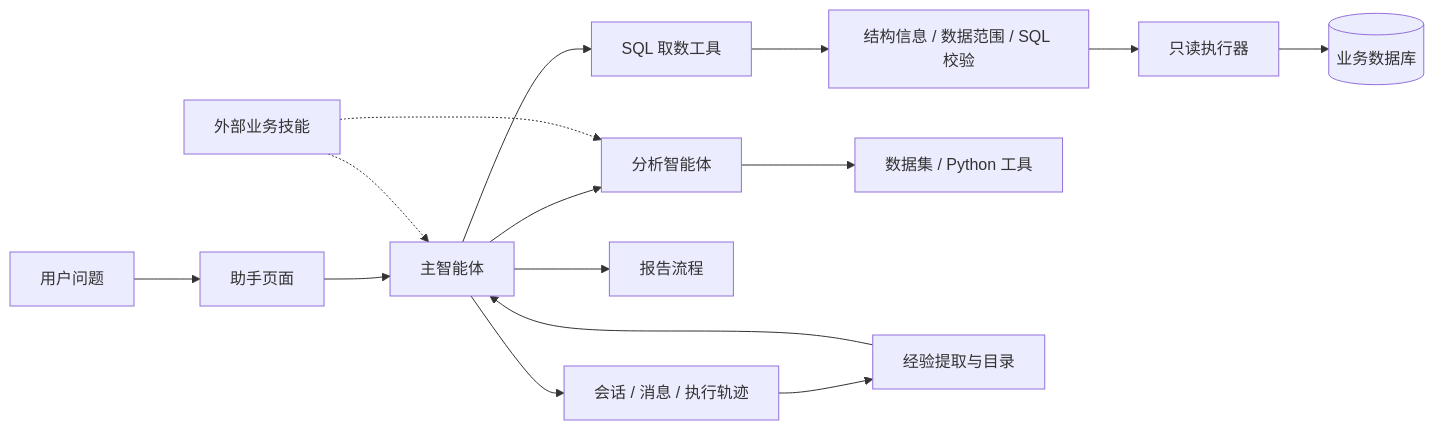
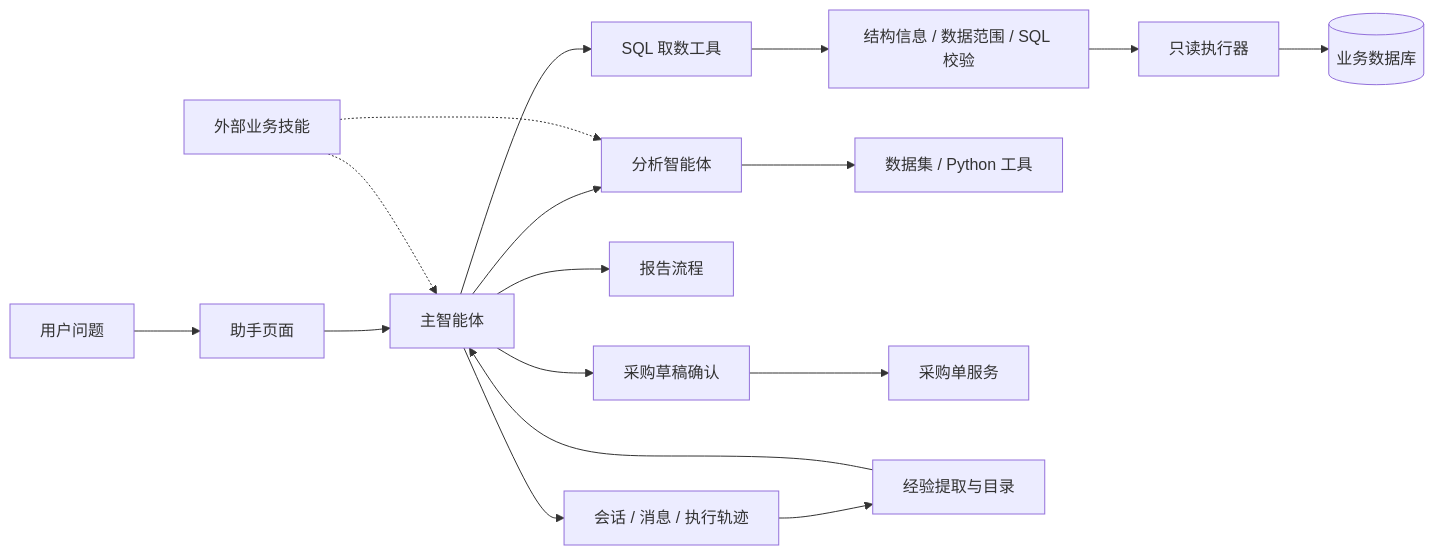
The first of 3 diagrams in README.md (LI-S-H/qiheng-erp), drawn with Mermaid before and after one commit. The commit also changed other lines of this file and 3 other files, not shown here.

````diff
--- a/README.md
+++ b/README.md
@@ -164,17 +164,19 @@
 ```mermaid
 flowchart LR
     User[用户问题] --> UI[助手页面]
     UI --> Main[主智能体]
     Main --> Query[SQL 取数工具]
     Query --> Guard[结构信息 / 数据范围 / SQL 校验]
     Guard --> Read[只读执行器]
     Read --> DB[(业务数据库)]
     Main --> Analysis[分析智能体]
     Analysis --> Python[数据集 / Python 工具]
     Main --> Report[报告流程]
+    Main --> Draft[采购草稿确认]
+    Draft --> Purchase[采购单服务]
     Main --> Trace[会话 / 消息 / 执行轨迹]
     Trace --> Experience[经验提取与目录]
     Experience --> Main
     Skills[外部业务技能] -.-> Main
     Skills -.-> Analysis
 ```
````
